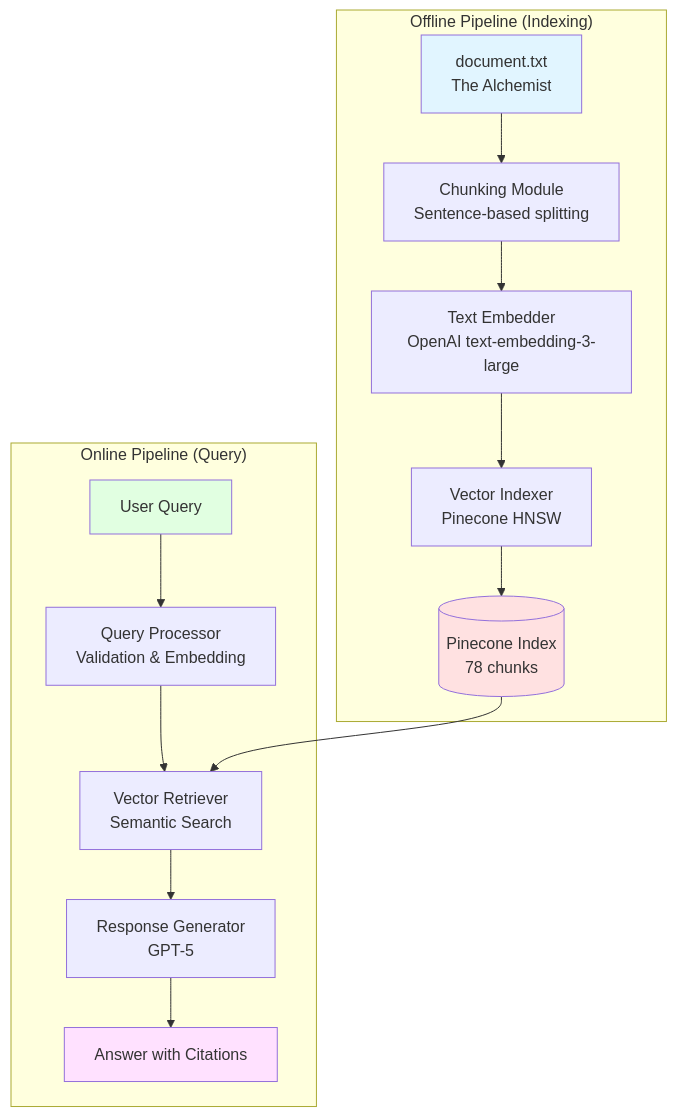
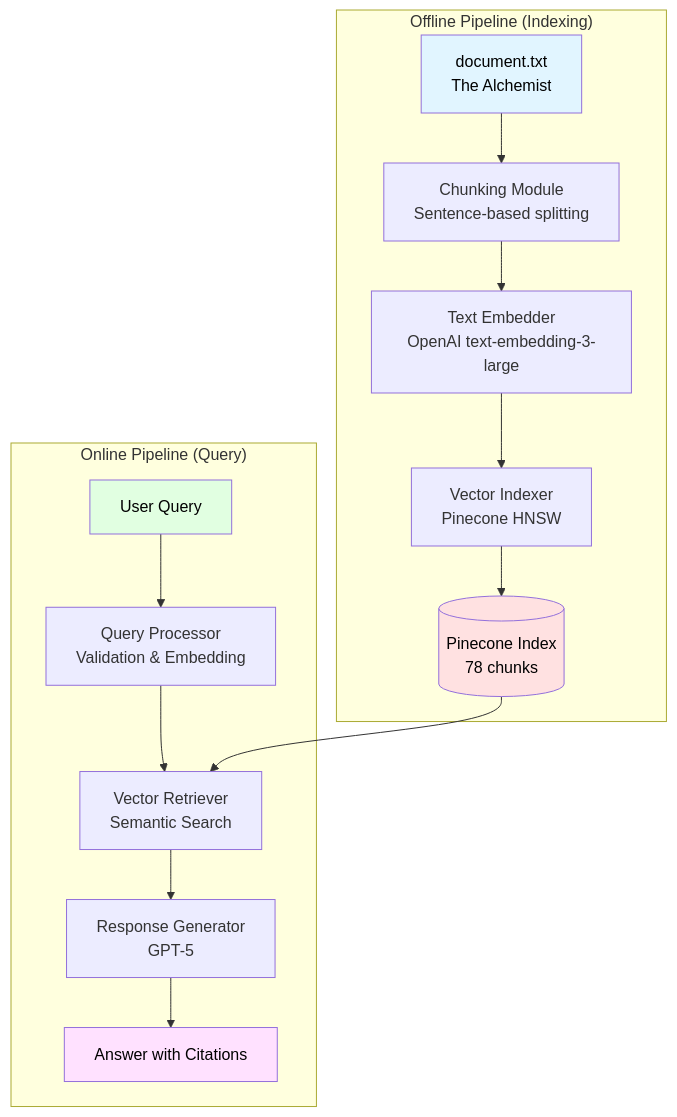
The first of 3 diagrams in README.md (longhoag/rag-prototype), drawn with Mermaid before and after one commit.

Commit message:
fix: fix font color on bright background on mermaid graph

````diff
--- a/README.md
+++ b/README.md
@@ -19,22 +19,22 @@
 ```mermaid
 graph TB
     subgraph "Offline Pipeline (Indexing)"
         A[document.txt<br/>The Alchemist] --> B[Chunking Module<br/>Sentence-based splitting]
         B --> C[Text Embedder<br/>OpenAI text-embedding-3-large]
         C --> D[Vector Indexer<br/>Pinecone HNSW]
         D --> E[(Pinecone Index<br/>78 chunks)]
     end
     
     subgraph "Online Pipeline (Query)"
         F[User Query] --> G[Query Processor<br/>Validation & Embedding]
         G --> H[Vector Retriever<br/>Semantic Search]
         E --> H
         H --> I[Response Generator<br/>GPT-5]
         I --> J[Answer with Citations]
     end
     
-    style A fill:#e1f5ff
-    style E fill:#ffe1e1
-    style F fill:#e1ffe1
-    style J fill:#ffe1ff
+    style A fill:#e1f5ff, color:#000
+    style E fill:#ffe1e1, color:#000
+    style F fill:#e1ffe1, color:#000
+    style J fill:#ffe1ff, color:#000
 ```
````
